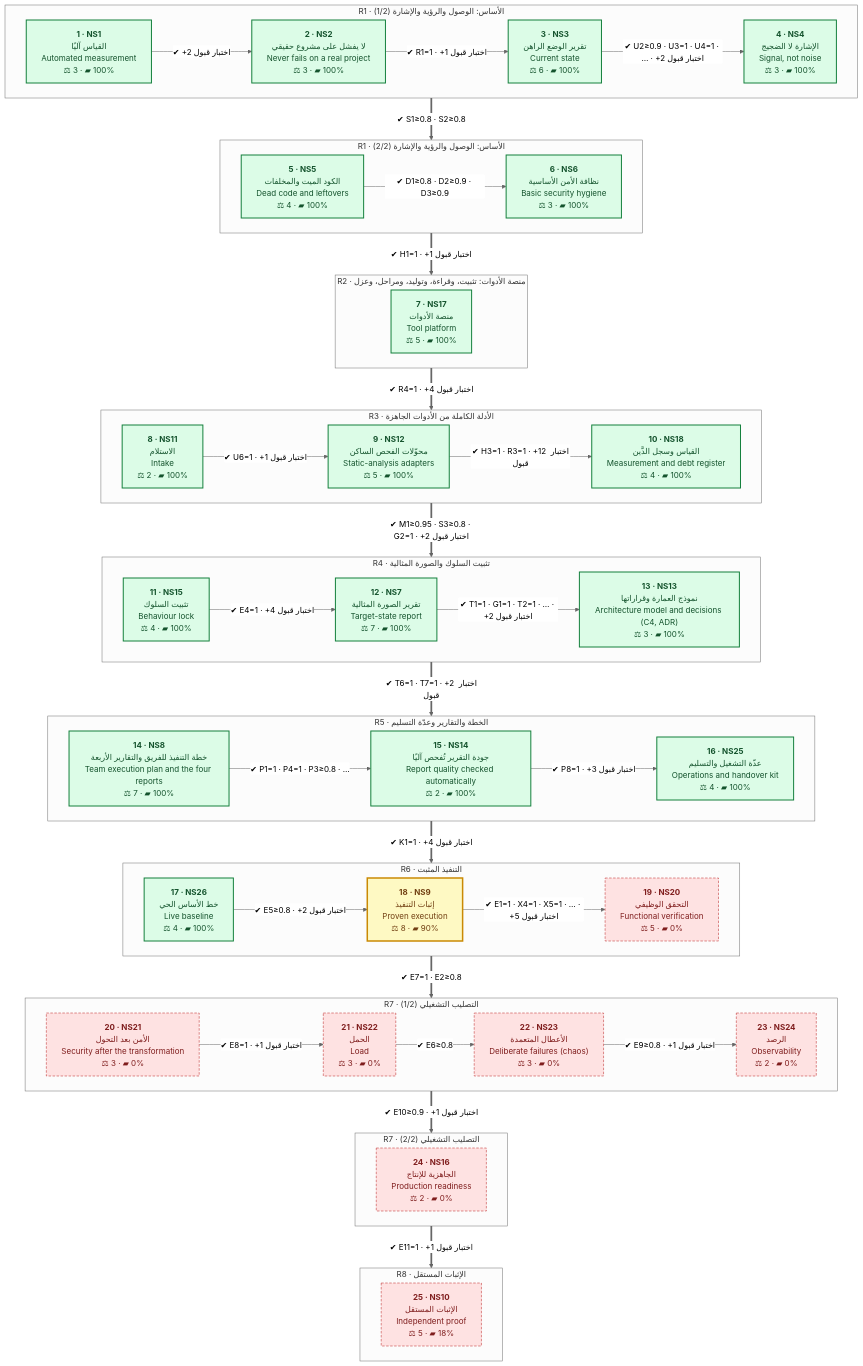
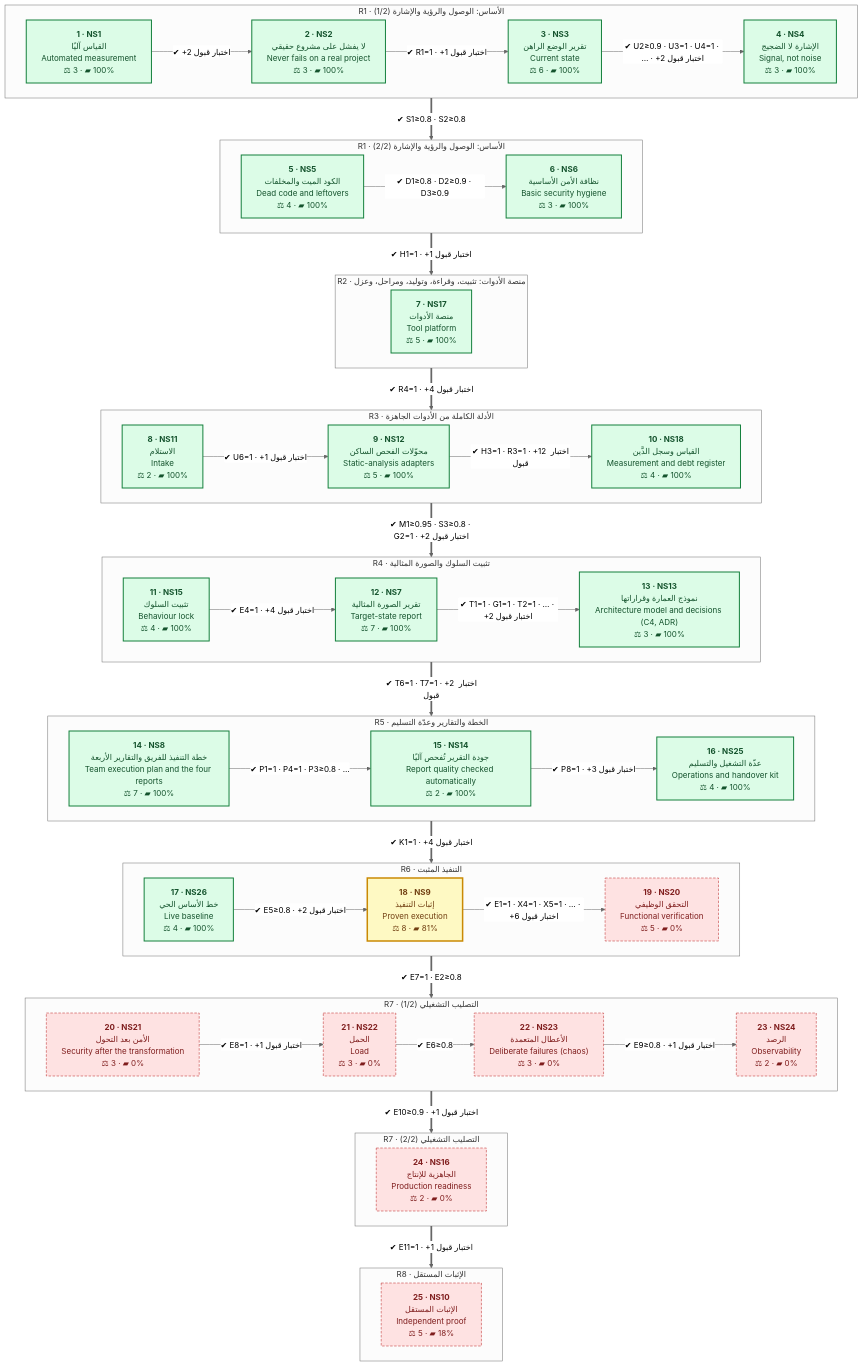
One commit to eom1417/engineering-audit-os changed the first of 2 diagrams in docs/NORTH-STAR.md. Above: the diagram before and after it, drawn with Mermaid (neutral theme). The commit also changed other lines of this file and 8 other files, not shown here.

```diff
--- a/docs/NORTH-STAR.md
+++ b/docs/NORTH-STAR.md
@@ -74,10 +76,10 @@
     subgraph R6_1["R6 · التنفيذ المثبت"]
         direction LR
         NS26["<b>17 · NS26</b><br/>خط الأساس الحي<br/>Live baseline<br/>⚖ 4 · ▰ 100%"]:::done
-        NS9["<b>18 · NS9</b><br/>إثبات التنفيذ<br/>Proven execution<br/>⚖ 8 · ▰ 90%"]:::current
+        NS9["<b>18 · NS9</b><br/>إثبات التنفيذ<br/>Proven execution<br/>⚖ 8 · ▰ 81%"]:::current
         NS20["<b>19 · NS20</b><br/>التحقق الوظيفي<br/>Functional verification<br/>⚖ 5 · ▰ 0%"]:::owner
         NS26 -->|"✔ E5≥0.8 · +2 اختبار قبول"| NS9
-        NS9 -->|"✔ E1=1 · X4=1 · X5=1 · … · +5 اختبار قبول"| NS20
+        NS9 -->|"✔ E1=1 · X4=1 · X5=1 · … · +6 اختبار قبول"| NS20
     end
     subgraph R7_1["R7 · التصليب التشغيلي (1/2)"]
         direction LR
```
